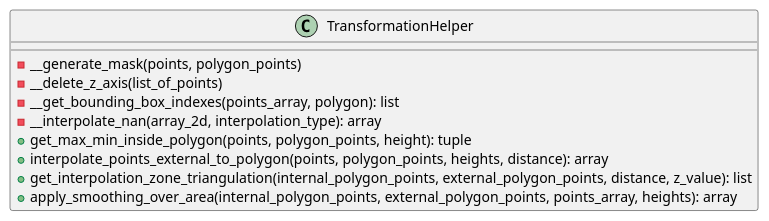
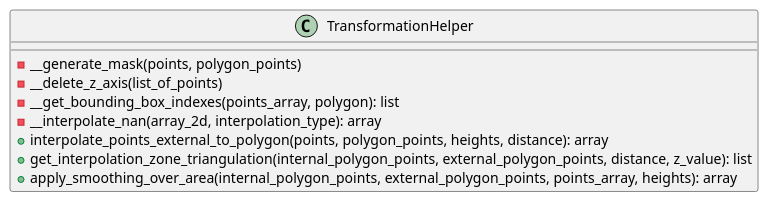
Before and after one commit to SergioAlvarezM/Proyecto_de_Memoria: the diagram in docs/classes/TransformationHelper.puml, drawn with PlantUML. The commit also changed 1 other file, not shown here.

```diff
--- a/docs/classes/TransformationHelper.puml
+++ b/docs/classes/TransformationHelper.puml
@@ -1,16 +1,15 @@
 @startuml
 'https://plantuml.com/class-diagram
 
 class TransformationHelper {
 
     - __generate_mask(points, polygon_points)
     - __delete_z_axis(list_of_points)
     - __get_bounding_box_indexes(points_array, polygon): list
     - __interpolate_nan(array_2d, interpolation_type): array
-    + get_max_min_inside_polygon(points, polygon_points, height): tuple
     + interpolate_points_external_to_polygon(points, polygon_points, heights, distance): array
     + get_interpolation_zone_triangulation(internal_polygon_points, external_polygon_points, distance, z_value): list
     + apply_smoothing_over_area(internal_polygon_points, external_polygon_points, points_array, heights): array
 }
 
 @enduml
```
